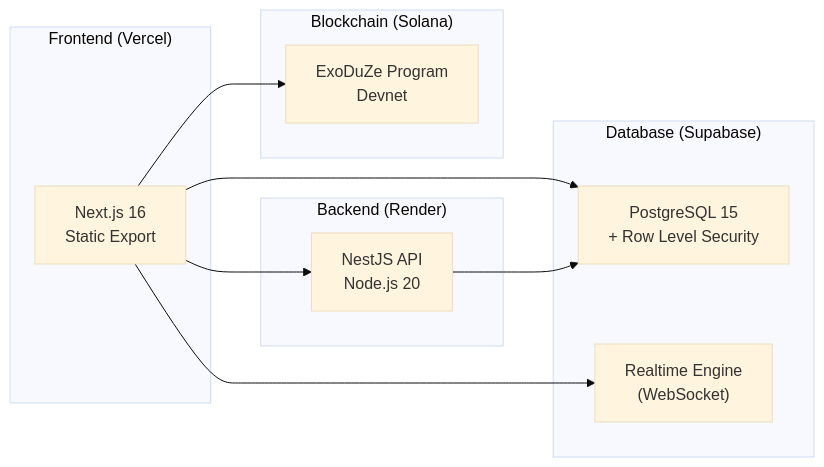
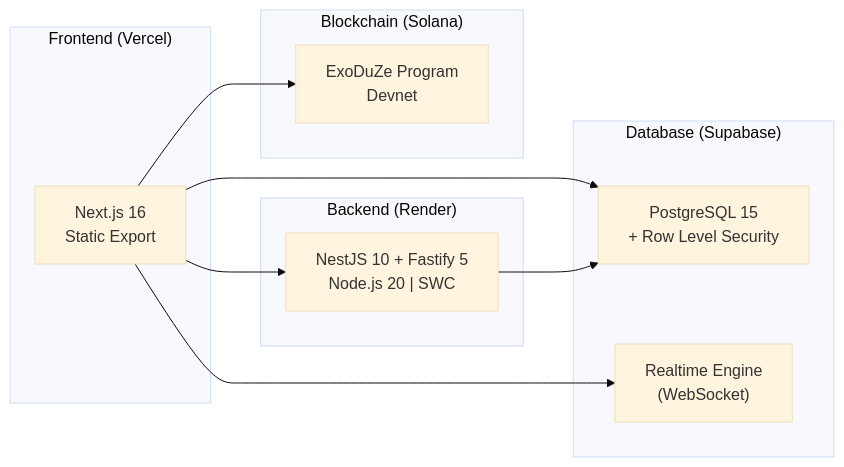
Before and after one commit to siabang35/anchor-solana: the diagram in documentation/Deployment-Guide.md, drawn with Mermaid (base theme). The commit also changed other lines of this file and 41 other files, not shown here.

````diff
--- a/documentation/Deployment-Guide.md
+++ b/documentation/Deployment-Guide.md
@@ -11,25 +11,25 @@
 ```mermaid
 graph LR
     subgraph Frontend["Frontend (Vercel)"]
         Next["Next.js 16<br/>Static Export"]
     end
 
     subgraph Backend["Backend (Render)"]
-        Nest["NestJS API<br/>Node.js 20"]
+        Nest["NestJS 10 + Fastify 5<br/>Node.js 20 | SWC"]
     end
 
     subgraph Database["Database (Supabase)"]
         PG["PostgreSQL 15<br/>+ Row Level Security"]
         RT["Realtime Engine<br/>(WebSocket)"]
     end
 
     subgraph Blockchain["Blockchain (Solana)"]
         Program["ExoDuZe Program<br/>Devnet"]
     end
 
     Next --> Nest
     Next --> PG
     Next --> RT
     Nest --> PG
     Next --> Program
 ```
````
